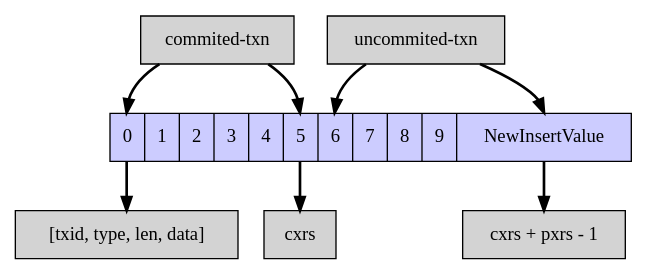
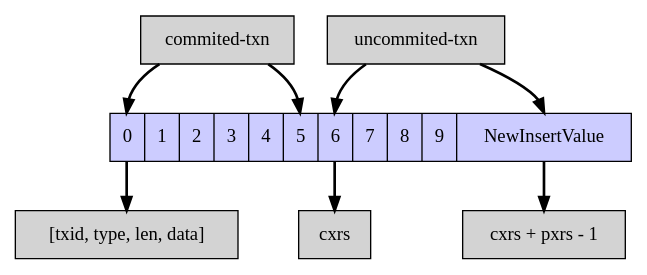
One commit to SteNicholas/openinx.github.io changed the diagram in images/graphviz/leafentry-stack-insert.dot. Above: the diagram before and after it, drawn with Graphviz. The commit also changed 5 other files, not shown here.

```diff
--- a/images/graphviz/leafentry-stack-insert.dot
+++ b/images/graphviz/leafentry-stack-insert.dot
@@ -1,30 +1,30 @@
 digraph {
 	rankdir = TD
 	node [shape = record, style =filled];   
 	edge [style = bold]; 
 
 
     commited_txn   [ label = "<head> commited-txn" ]
     uncommied_txn  [ label = "<head> uncommited-txn "]
 
 	array [ label = "<a0> 0 | 1 | 2 | 3 | 4 | <a5> 5 | <a6> 6 | 7 | 8 | <a9> 9 | <a10> NewInsertValue", fillcolor="#CCCCFF"]
 
 
 	detail [ label = "<head> [txid, type, len, data] "]
 	cxrs   [ label = "<head> cxrs" ]
 	end    [ label = "<head> cxrs + pxrs - 1"]
 
 
 
 	commited_txn:head -> array:a0
 	commited_txn:head -> array:a5
 
 
 	uncommied_txn:head -> array:a6
 	uncommied_txn:head -> array:a10
 
 
 	array:a0 -> detail:head 
-	array:a5 -> cxrs: head 
+	array:a6 -> cxrs: head 
 	array:a10 -> end: head
 }
```
